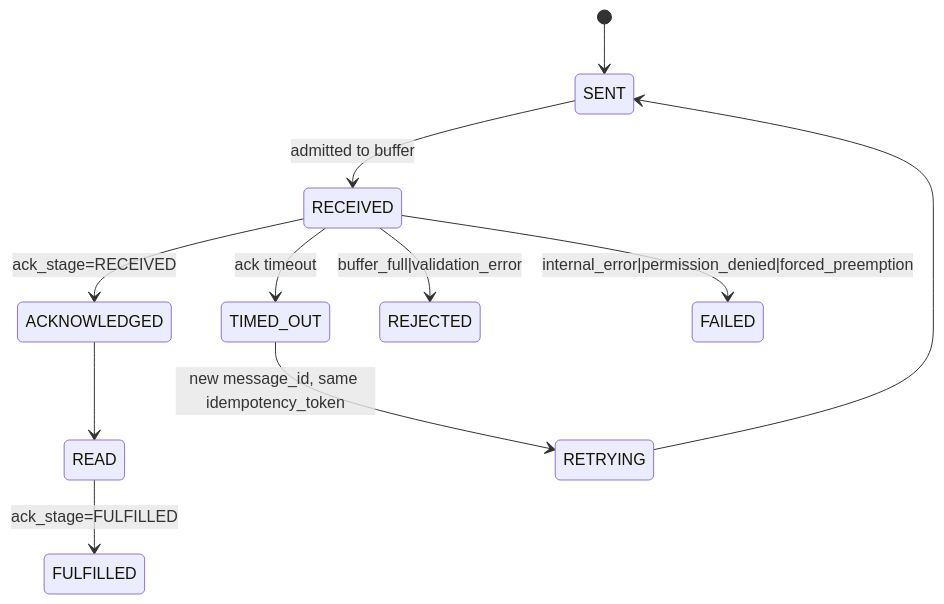
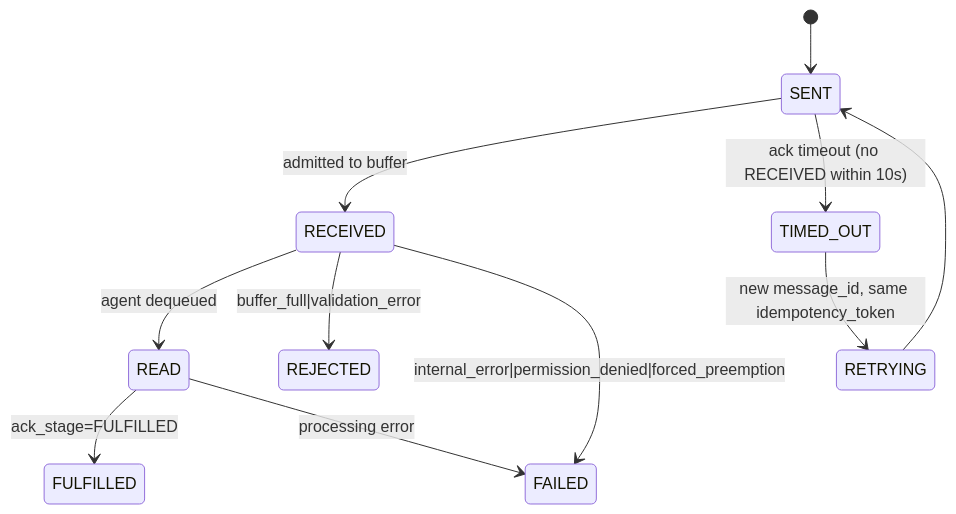
Before and after one commit to rahulrajaram/sw4rm: the fourth of 14 diagrams in documentation/protocol/spec.md, drawn with Mermaid. The commit also changed other lines of this file and 265 other files, not shown here.

````diff
--- a/documentation/protocol/spec.md
+++ b/documentation/protocol/spec.md
@@ -775,13 +1115,13 @@
 ```mermaid
 stateDiagram-v2
     [*] --> SENT
     SENT --> RECEIVED: admitted to buffer
-    RECEIVED --> ACKNOWLEDGED: ack_stage=RECEIVED
-    ACKNOWLEDGED --> READ
+    RECEIVED --> READ: agent dequeued
     READ --> FULFILLED: ack_stage=FULFILLED
-    RECEIVED --> TIMED_OUT: ack timeout
+    SENT --> TIMED_OUT: ack timeout (no RECEIVED within 10s)
     TIMED_OUT --> RETRYING: new message_id, same idempotency_token
     RETRYING --> SENT
     RECEIVED --> REJECTED: buffer_full|validation_error
     RECEIVED --> FAILED: internal_error|permission_denied|forced_preemption
+    READ --> FAILED: processing error
 ```
````
